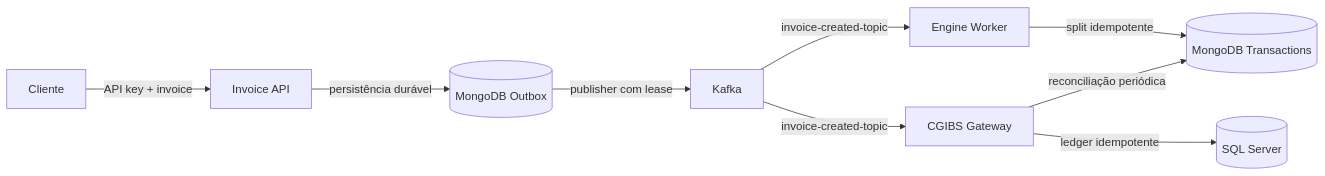
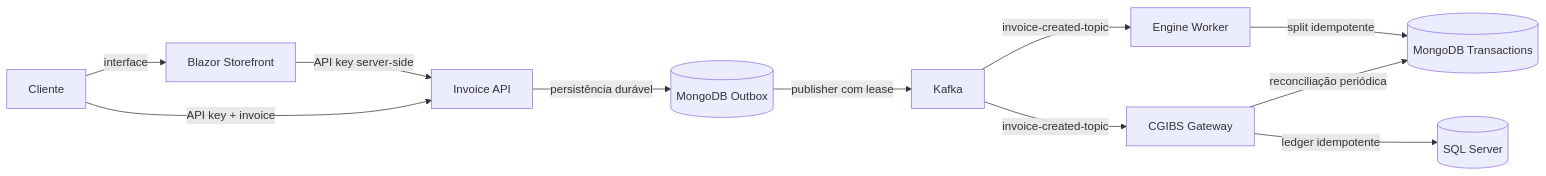
Before and after one commit to VniiD/split-payment-platform: the diagram in README.md, drawn with Mermaid. The commit also changed other lines of this file, not shown here.

````diff
--- a/README.md
+++ b/README.md
@@ -14,11 +14,13 @@
 ```mermaid
 flowchart LR
-    C[Cliente] -->|API key + invoice| A[Invoice API]
+    C[Cliente] -->|interface| W[Blazor Storefront]
+    W -->|API key server-side| A[Invoice API]
+    C[Cliente] -->|API key + invoice| A
     A -->|persistência durável| O[(MongoDB Outbox)]
     O -->|publisher com lease| K[Kafka]
     K -->|invoice-created-topic| E[Engine Worker]
     K -->|invoice-created-topic| G[CGIBS Gateway]
     E -->|split idempotente| M[(MongoDB Transactions)]
     G -->|ledger idempotente| S[(SQL Server)]
     G -->|reconciliação periódica| M
 ```
````
